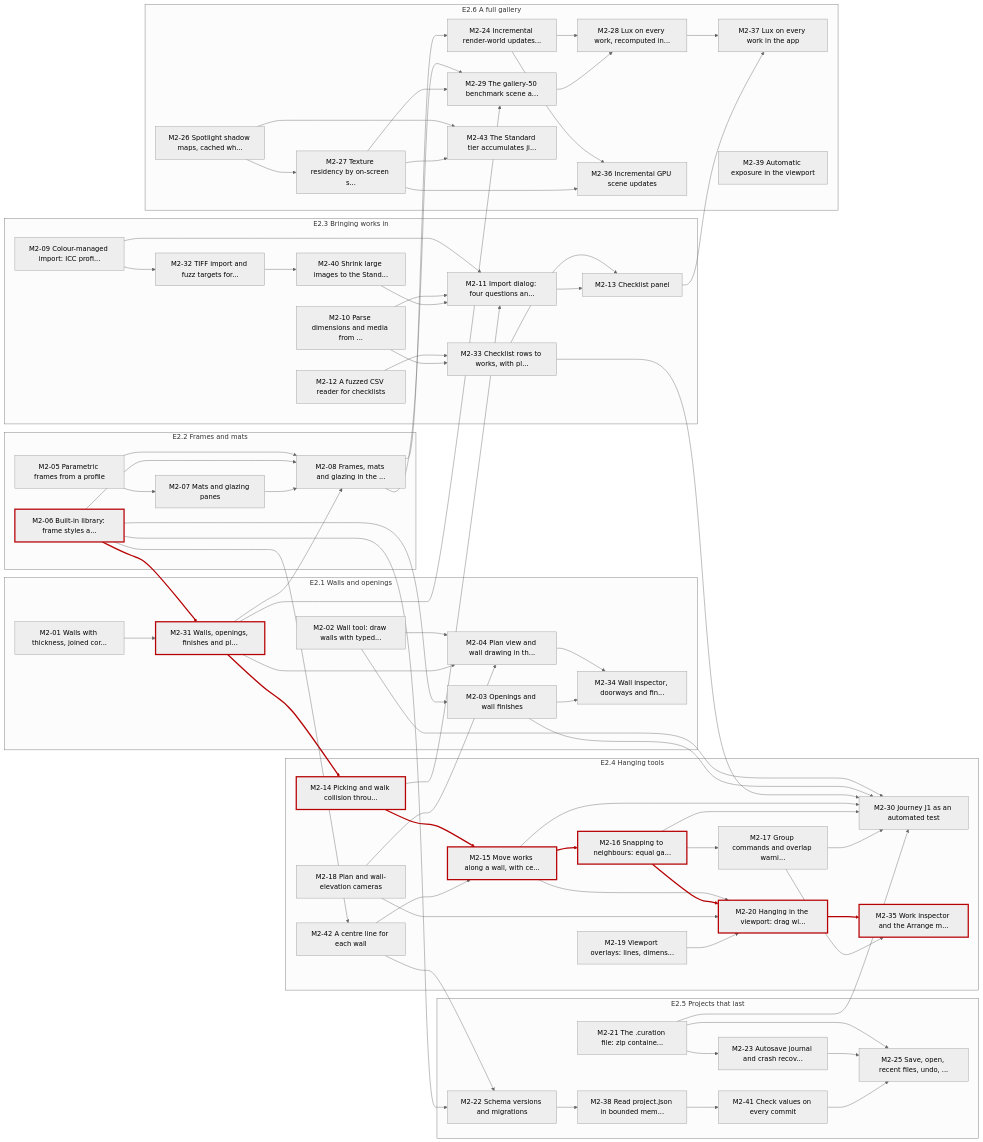
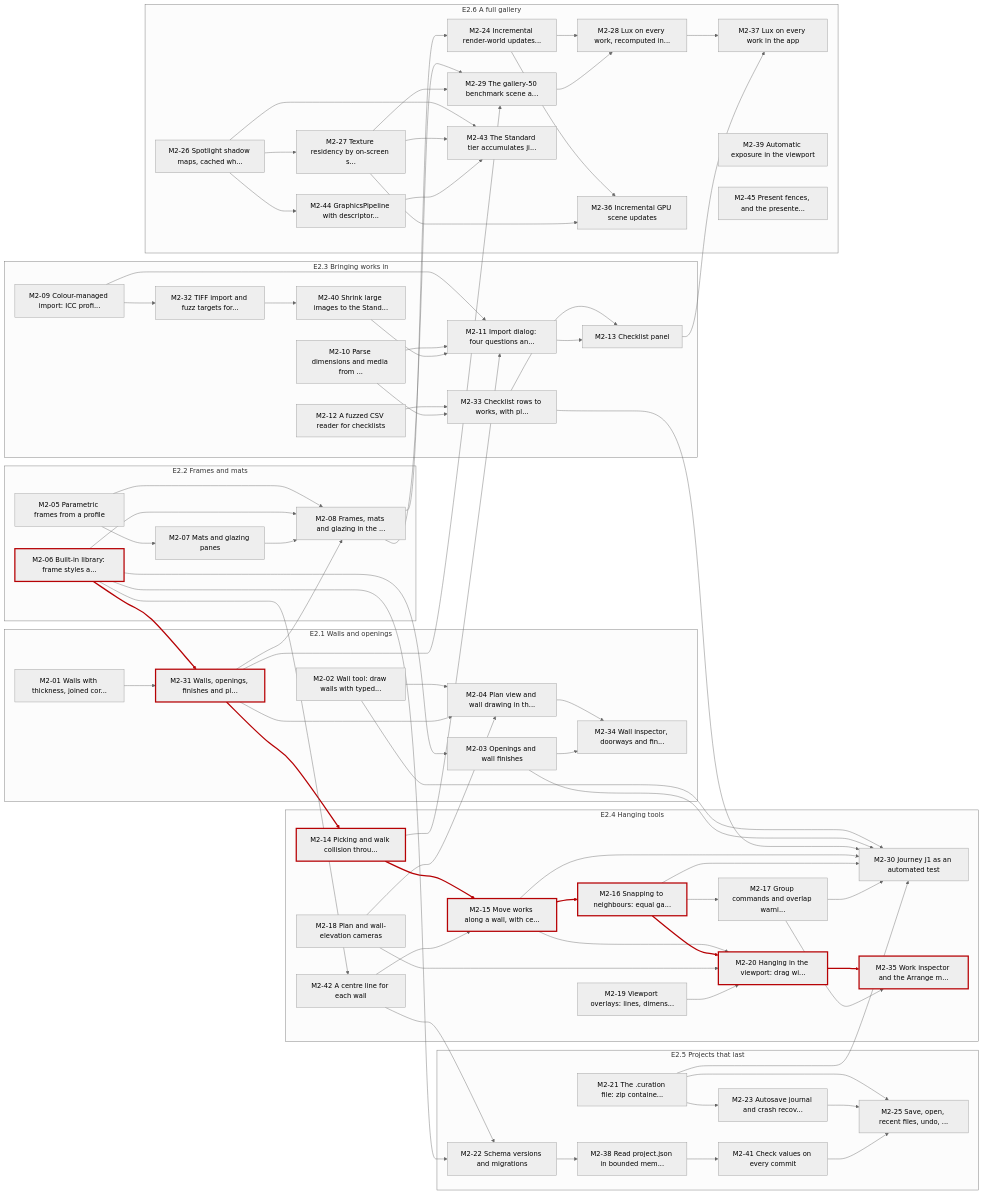
Before and after one commit to groundbeeflover/curation_sandbox: the third of 3 diagrams in docs/roadmap.md, drawn with Mermaid (neutral theme). The commit also changed other lines of this file and 4 other files, not shown here.

```diff
--- a/docs/roadmap.md
+++ b/docs/roadmap.md
@@ -525,6 +530,8 @@
     M2_37["M2-37 Lux on every work in the app"]
     M2_39["M2-39 Automatic exposure in the viewport"]
     M2_43["M2-43 The Standard tier accumulates ji..."]
+    M2_44["M2-44 GraphicsPipeline with descriptor..."]
+    M2_45["M2-45 Present fences, and the presente..."]
   end
   M2_06 --> M2_03
   M2_02 --> M2_04
@@ -589,6 +596,8 @@
   M2_06 --> M2_42
   M2_26 --> M2_43
   M2_27 --> M2_43
+  M2_44 --> M2_43
+  M2_26 --> M2_44
   classDef crit stroke:#b60205,stroke-width:3px
   class M2_06,M2_31,M2_14,M2_15,M2_16,M2_20,M2_35 crit
   linkStyle 15,16,18,21,45,51 stroke:#b60205,stroke-width:3px
```
